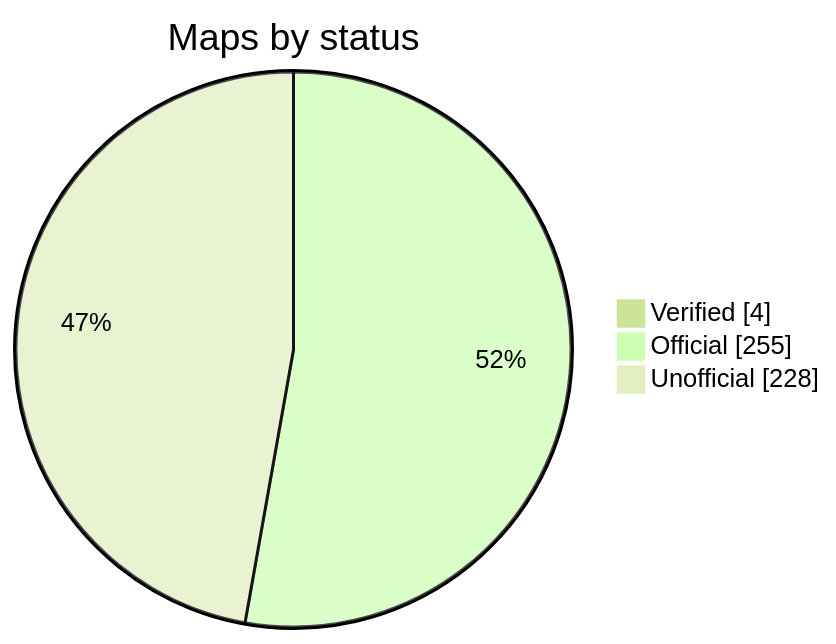
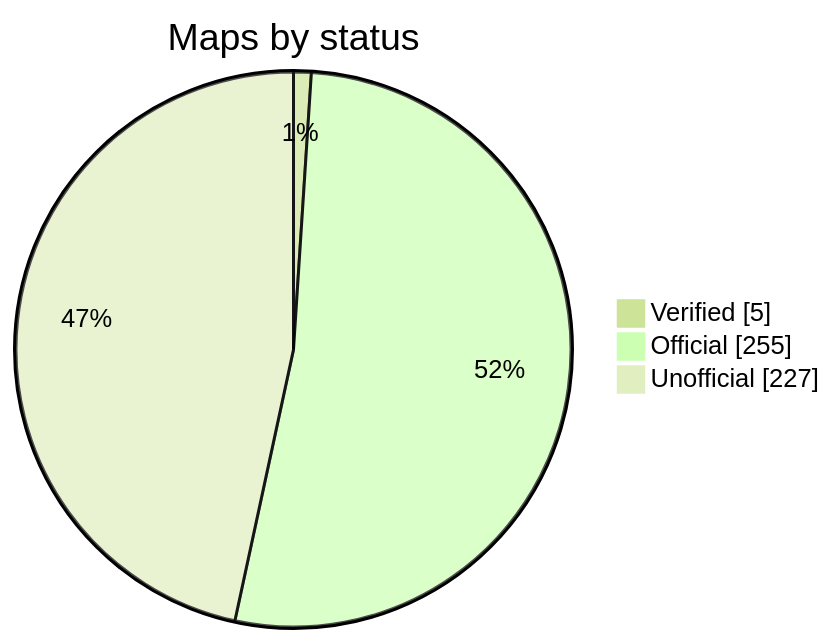
The diagram in README.md (nobrega8/mbmap-library), drawn with Mermaid (forest theme) before and after one commit. The commit also changed 2 other files, not shown here.

Commit message:
Verify the Eaton IQ250/IQ260 map (#49)
Add 116 registers from the manufacturer's document, correct register
names, and mark the map as verified on a device (firmware 0033).

Closes #47

````diff
--- a/README.md
+++ b/README.md
@@ -48,7 +48,7 @@
 ```mermaid
 pie showData
     title Maps by status
-    "Verified" : 4
+    "Verified" : 5
     "Official" : 255
-    "Unofficial" : 228
+    "Unofficial" : 227
 ```
````
